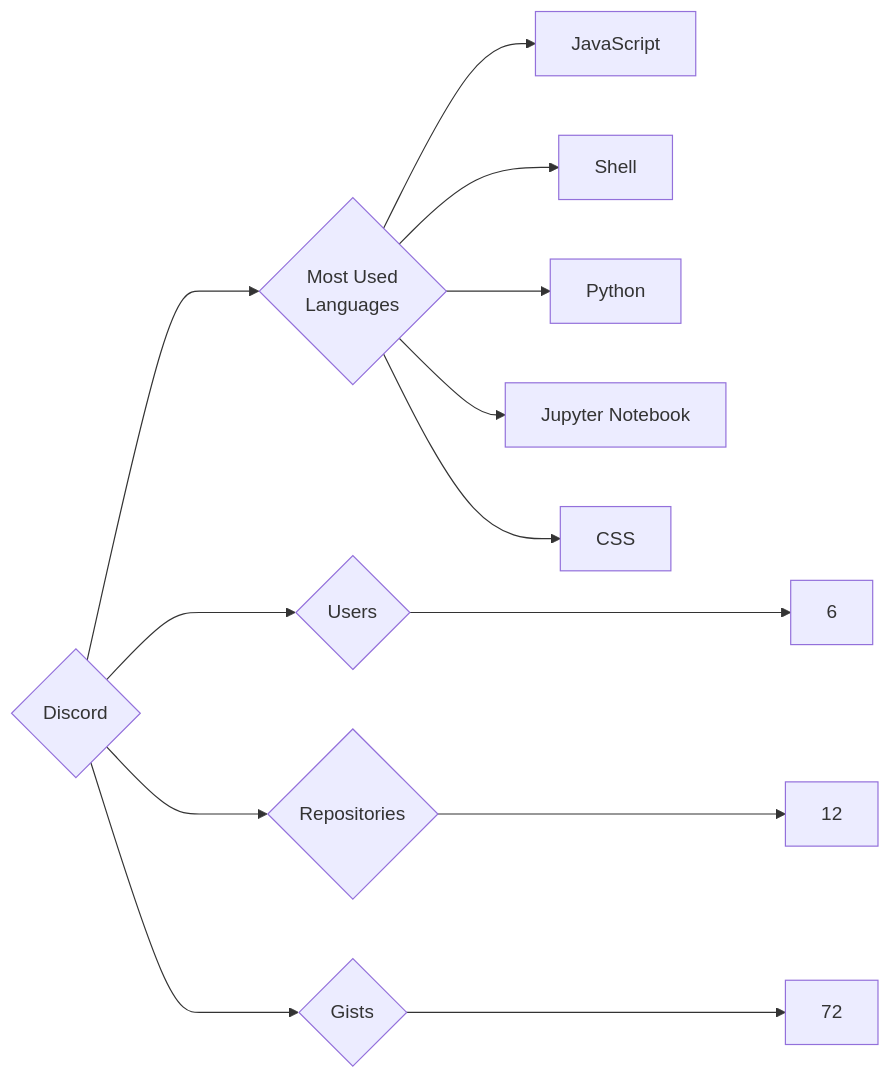
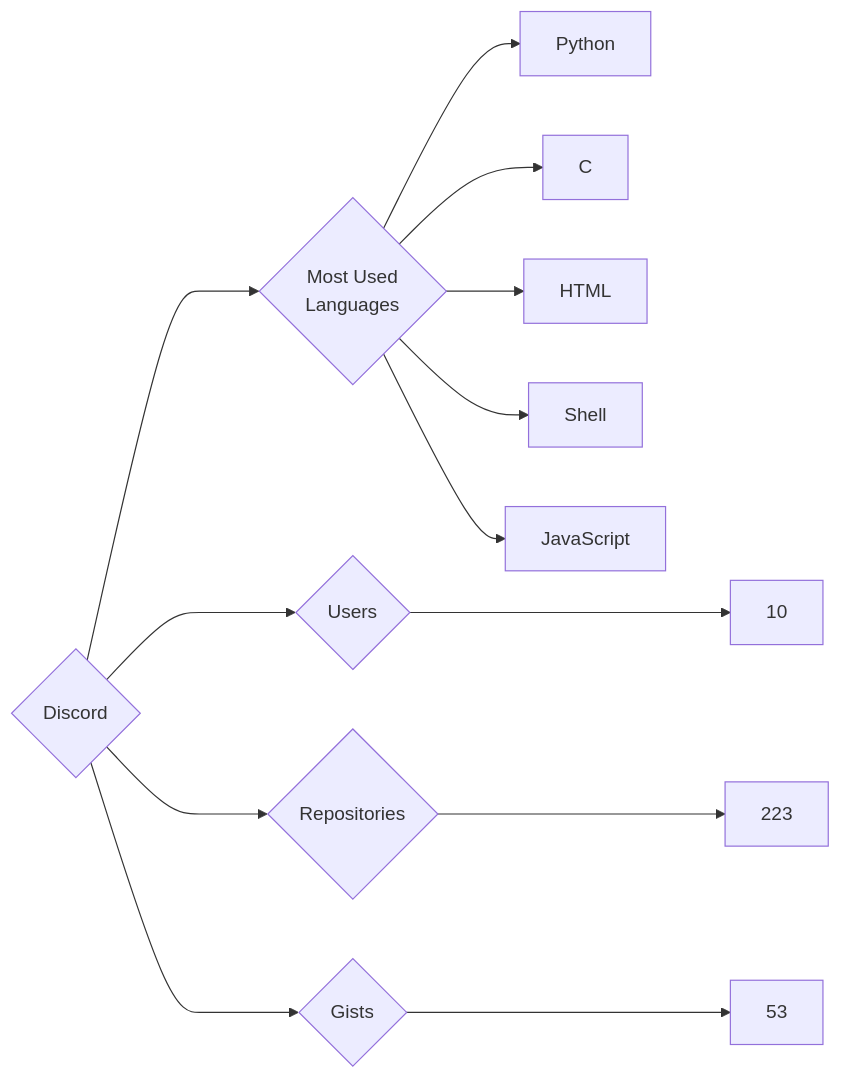
The diagram in targets/Discord/README.md (trickest/insiders), drawn with Mermaid before and after one commit. The commit also changed 1175 other files, not shown here.

````diff
--- a/targets/Discord/README.md
+++ b/targets/Discord/README.md
@@ -3,13 +3,13 @@
 ```mermaid
 graph LR
 COMPANY_NAME{Discord}
-COMPANY_NAME ---> U{Users} ---> UN[6]
-COMPANY_NAME ---> R{Repositories} ---> RN[12]
-COMPANY_NAME ---> G{Gists} ---> GN[72]
+COMPANY_NAME ---> U{Users} ---> UN[10]
+COMPANY_NAME ---> R{Repositories} ---> RN[223]
+COMPANY_NAME ---> G{Gists} ---> GN[53]
 COMPANY_NAME ---> ML{Most Used<br>Languages}
+ML --> Python[Python]
+ML --> C[C]
+ML --> HTML[HTML]
+ML --> Shell[Shell]
 ML --> JavaScript[JavaScript]
-ML --> Shell[Shell]
-ML --> Python[Python]
-ML --> Jupyter_Notebook[Jupyter Notebook]
-ML --> CSS[CSS]
 ```
````
